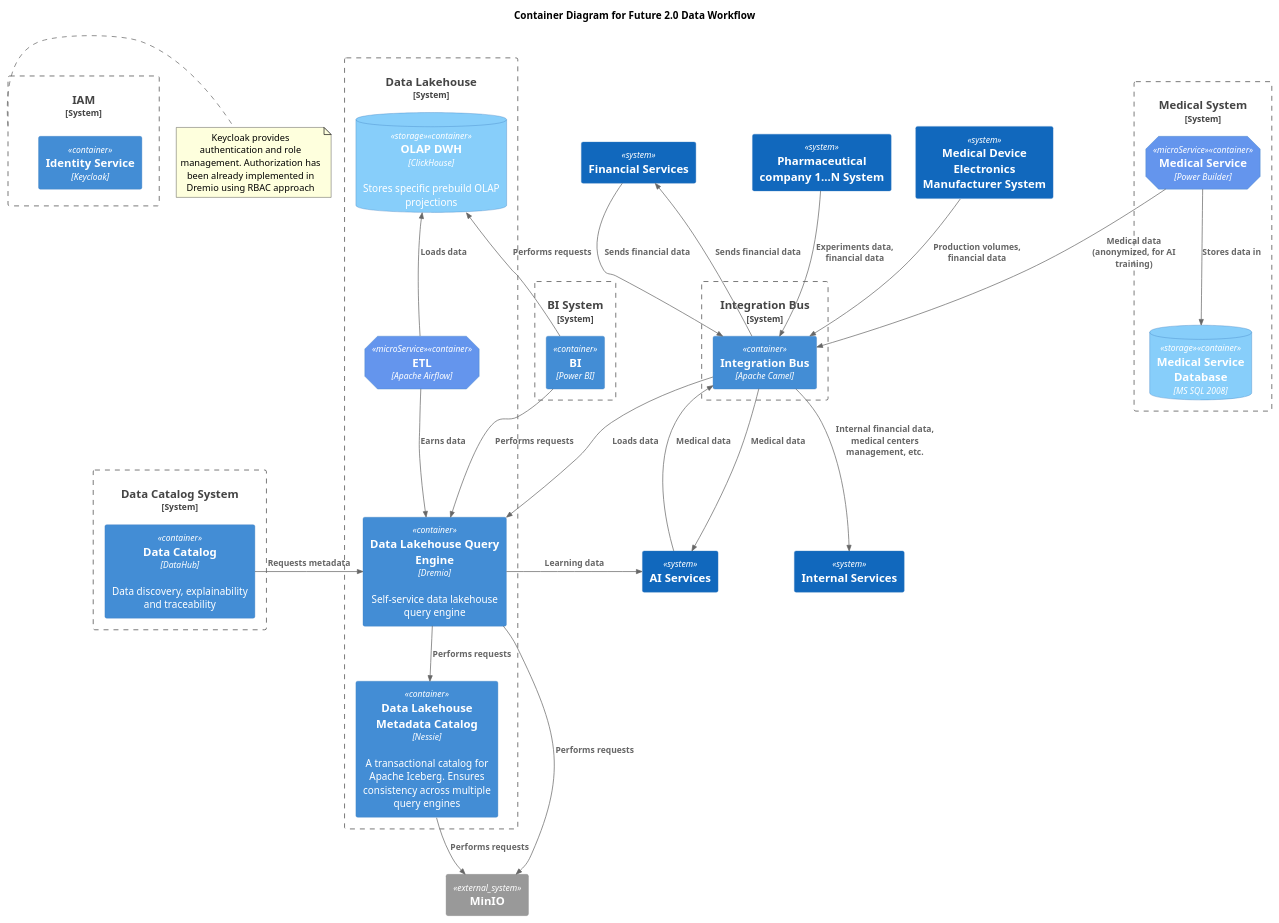
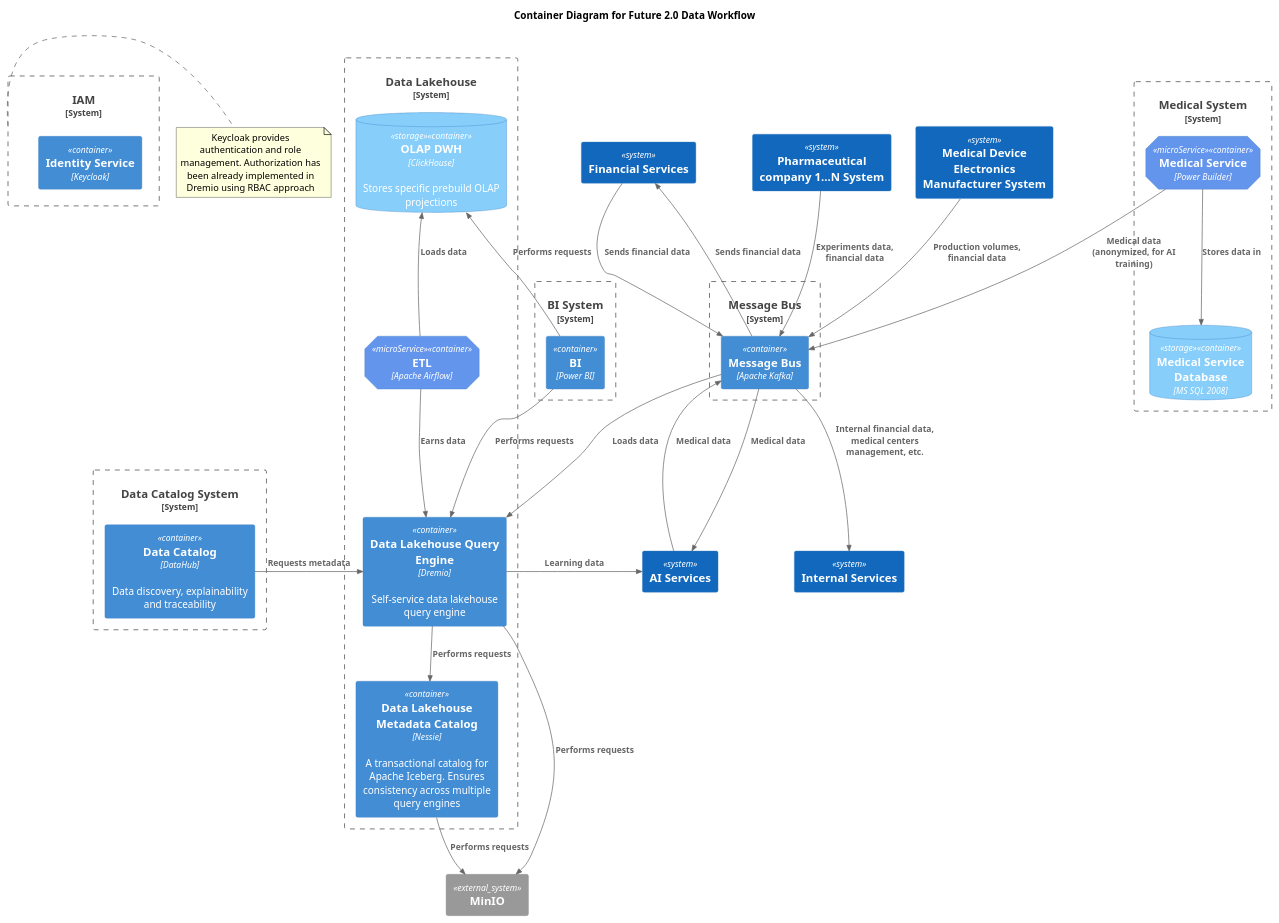
One commit to mnemchenko/architecture-sprint-11 changed the diagram in Exc1/C4_Container.puml. Above: the diagram before and after it, drawn with PlantUML. The commit also changed 6 other files, not shown here.

```diff
--- a/Exc1/C4_Container.puml
+++ b/Exc1/C4_Container.puml
@@ -1,72 +1,72 @@
 @startuml "Future 2.0"
 !include https://raw.githubusercontent.com/plantuml-stdlib/C4-PlantUML/master/C4_Container.puml
 
 AddElementTag("microService", $shape=EightSidedShape(), $bgColor="CornflowerBlue", $fontColor="white", $legendText="micro service\neight sided")
 AddElementTag("storage", $shape=RoundedBoxShape(), $bgColor="lightSkyBlue", $fontColor="white")
 
 title Container Diagram for Future 2.0 Data Workflow
 
 System_Ext(s3, "MinIO")
 
-System_Boundary(integrationBus, "Integration Bus") {
-    Container(camel, "Integration Bus", "Apache Camel")
+System_Boundary(integrationBus, "Message Bus") {
+    Container(kafka, "Message Bus", "Apache Kafka")
 }
 
 System_Boundary(iam, "IAM") {
     Container(keycloak, "Identity Service", "Keycloak")
 }
 
 note right of "iam"
     Keycloak provides authentication and role management. Authorization has been already implemented in Dremio using RBAC approach
 end note
 
 System_Boundary(dataLakehouse, "Data Lakehouse") {
     Container(dremio, "Data Lakehouse Query Engine", "Dremio", "Self-service data lakehouse query engine")
     Container(nessie, "Data Lakehouse Metadata Catalog", "Nessie", "A transactional catalog for Apache Iceberg. Ensures consistency across multiple query engines")
     Container(etl, "ETL", "Apache Airflow", "", $tags="microService")
     ContainerDb(olap, "OLAP DWH", "ClickHouse", "Stores specific prebuild OLAP projections", $tags="storage")
 }
 Rel(dremio, nessie, "Performs requests")
 Rel(nessie, s3, "Performs requests")
 Rel(dremio, s3, "Performs requests")
-Rel(camel, dremio, "Loads data")
+Rel(kafka, dremio, "Loads data")
 Rel(etl, dremio, "Earns data")
 Rel_U(etl, olap, "Loads data")
 
 System_Boundary(dataCatalogSystem, "Data Catalog System") {
     Container(dataCatalog, "Data Catalog", "DataHub", "Data discovery, explainability and traceability")
 }
 Rel_R(dataCatalog, dremio, "Requests metadata")
 
 System_Boundary(biSystem, "BI System") {
     Container(biService, "BI", "Power BI")
 }
 Rel(biService, dremio, "Performs requests")
 Rel_U(biService, olap, "Performs requests")
 
 System_Boundary(medicalSystem, "Medical System") {
     Container(medicalService, "Medical Service", "Power Builder", "", $tags="microService")
     ContainerDb(medicalServiceDb, "Medical Service Database", "MS SQL 2008", "", $tags="storage")
 }
 Rel(medicalService, medicalServiceDb, "Stores data in")
-Rel(medicalService, camel, "Medical data (anonymized, for AI training)")
+Rel(medicalService, kafka, "Medical data (anonymized, for AI training)")
 
 System(financialServices, "Financial Services")
-Rel(financialServices, camel, "Sends financial data")
-Rel(camel, financialServices, "Sends financial data")
+Rel(financialServices, kafka, "Sends financial data")
+Rel(kafka, financialServices, "Sends financial data")
 
 System(internalServices, "Internal Services")
-Rel(camel, internalServices, "Internal financial data, medical centers management, etc.")
+Rel(kafka, internalServices, "Internal financial data, medical centers management, etc.")
 
 System(aiServices, "AI Services")
-Rel(camel, aiServices, "Medical data")
-Rel(aiServices, camel, "Medical data")
+Rel(kafka, aiServices, "Medical data")
+Rel(aiServices, kafka, "Medical data")
 Rel(dremio, aiServices, "Learning data")
 
 System(pharmaceuticalCompany, "Pharmaceutical company 1...N System")
-Rel(pharmaceuticalCompany, camel, "Experiments data, financial data")
+Rel(pharmaceuticalCompany, kafka, "Experiments data, financial data")
 
 System(manufacturer, "Medical Device Electronics Manufacturer System")
-Rel(manufacturer, camel, "Production volumes, financial data")
+Rel(manufacturer, kafka, "Production volumes, financial data")
 
 @enduml
```
